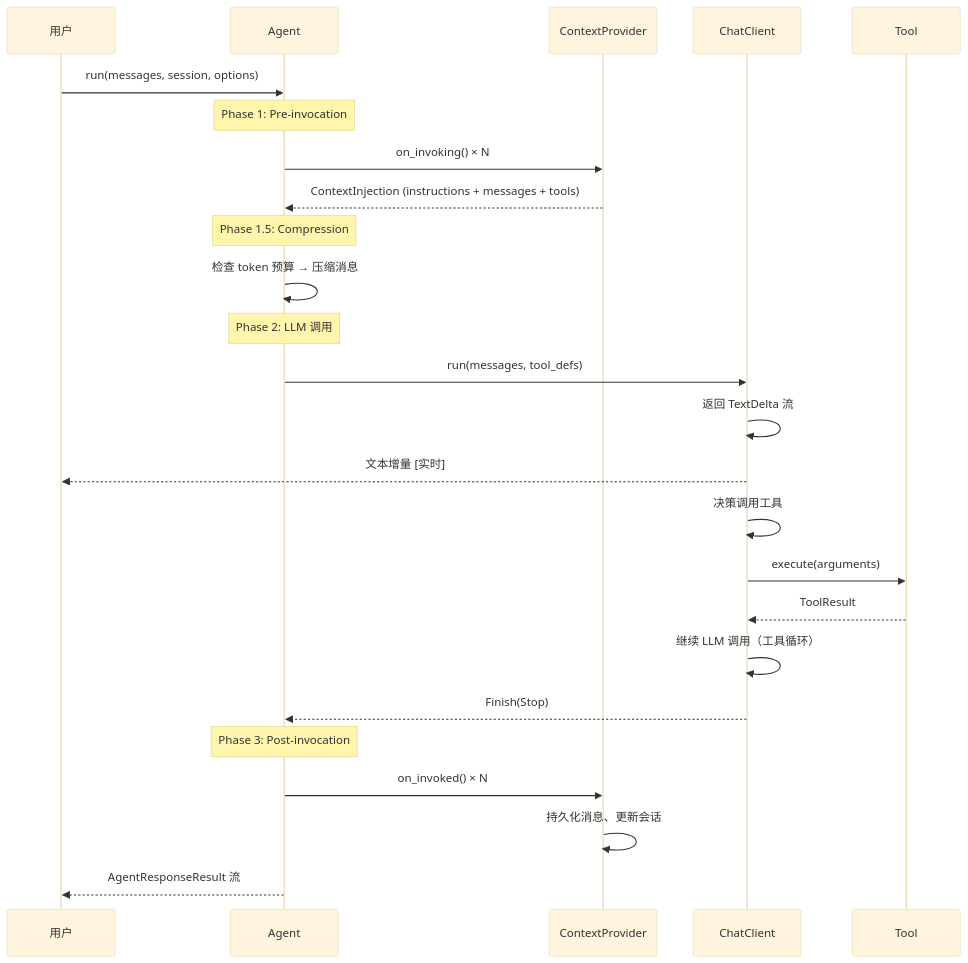
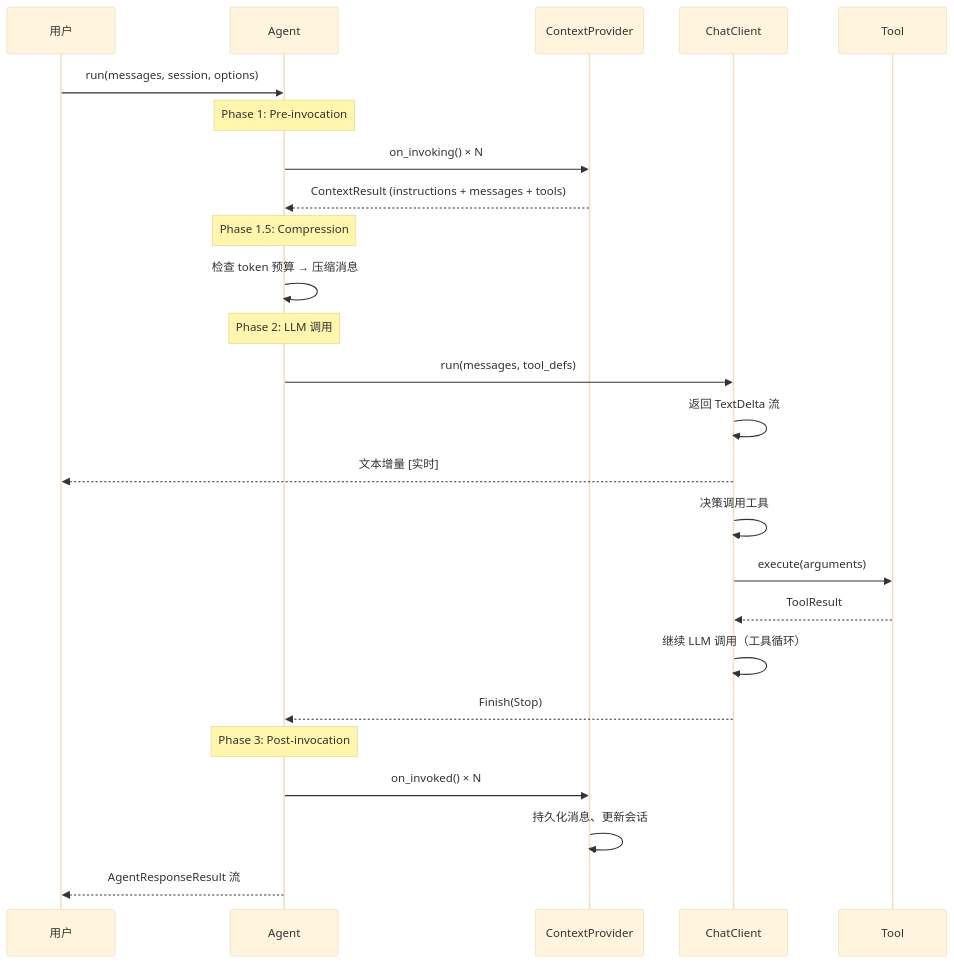
Before and after one commit to Rust-Framework/rust-agent-framework: the second of 2 diagrams in docs/01-quick-start/core-concepts.md, drawn with Mermaid (base theme). The commit also changed other lines of this file and 59 other files, not shown here.

````diff
--- a/docs/01-quick-start/core-concepts.md
+++ b/docs/01-quick-start/core-concepts.md
@@ -283,32 +283,32 @@
 ```mermaid
 sequenceDiagram
     participant U as 用户
     participant A as Agent
     participant CP as ContextProvider
     participant C as ChatClient
     participant T as Tool
 
     U->>A: run(messages, session, options)
 
     Note over A: Phase 1: Pre-invocation
     A->>CP: on_invoking() × N
-    CP-->>A: ContextInjection (instructions + messages + tools)
+    CP-->>A: ContextResult (instructions + messages + tools)
 
     Note over A: Phase 1.5: Compression
     A->>A: 检查 token 预算 → 压缩消息
 
     Note over A: Phase 2: LLM 调用
     A->>C: run(messages, tool_defs)
     C->>C: 返回 TextDelta 流
     C-->>U: 文本增量 [实时]
     C->>C: 决策调用工具
     C->>T: execute(arguments)
     T-->>C: ToolResult
     C->>C: 继续 LLM 调用（工具循环）
     C-->>A: Finish(Stop)
 
     Note over A: Phase 3: Post-invocation
     A->>CP: on_invoked() × N
     CP->>CP: 持久化消息、更新会话
     A-->>U: AgentResponseResult 流
 ```
````
